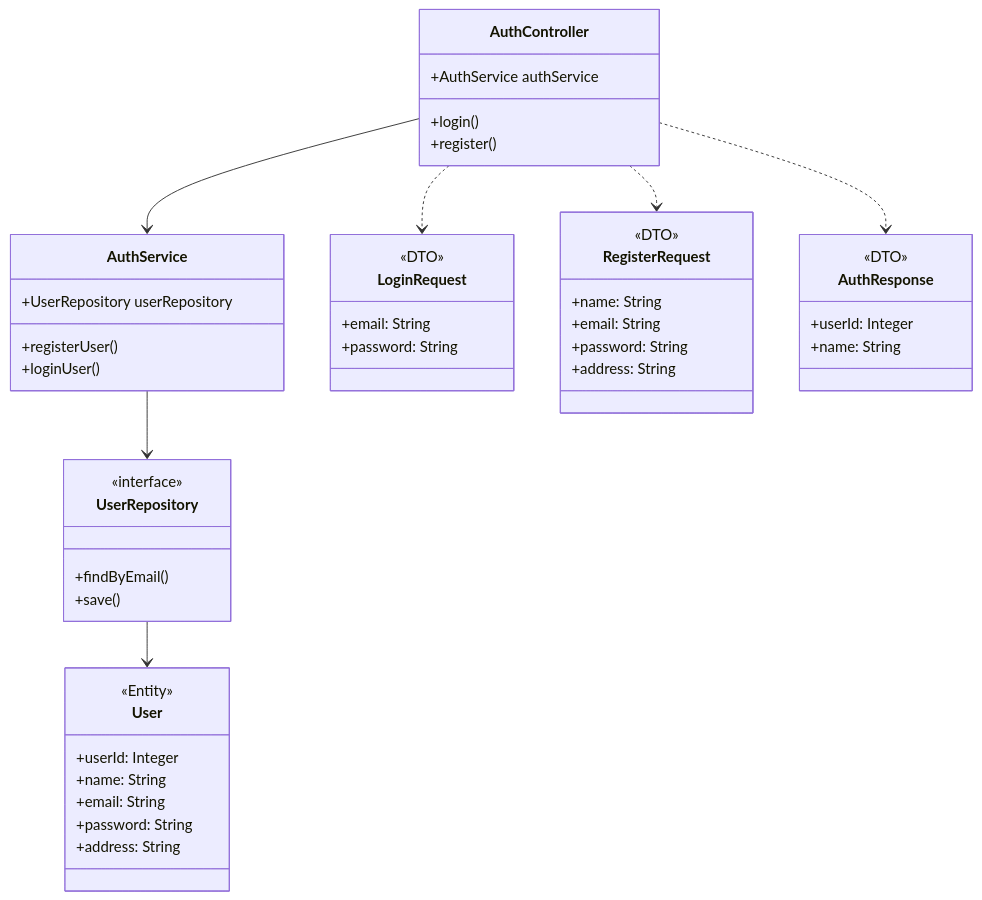
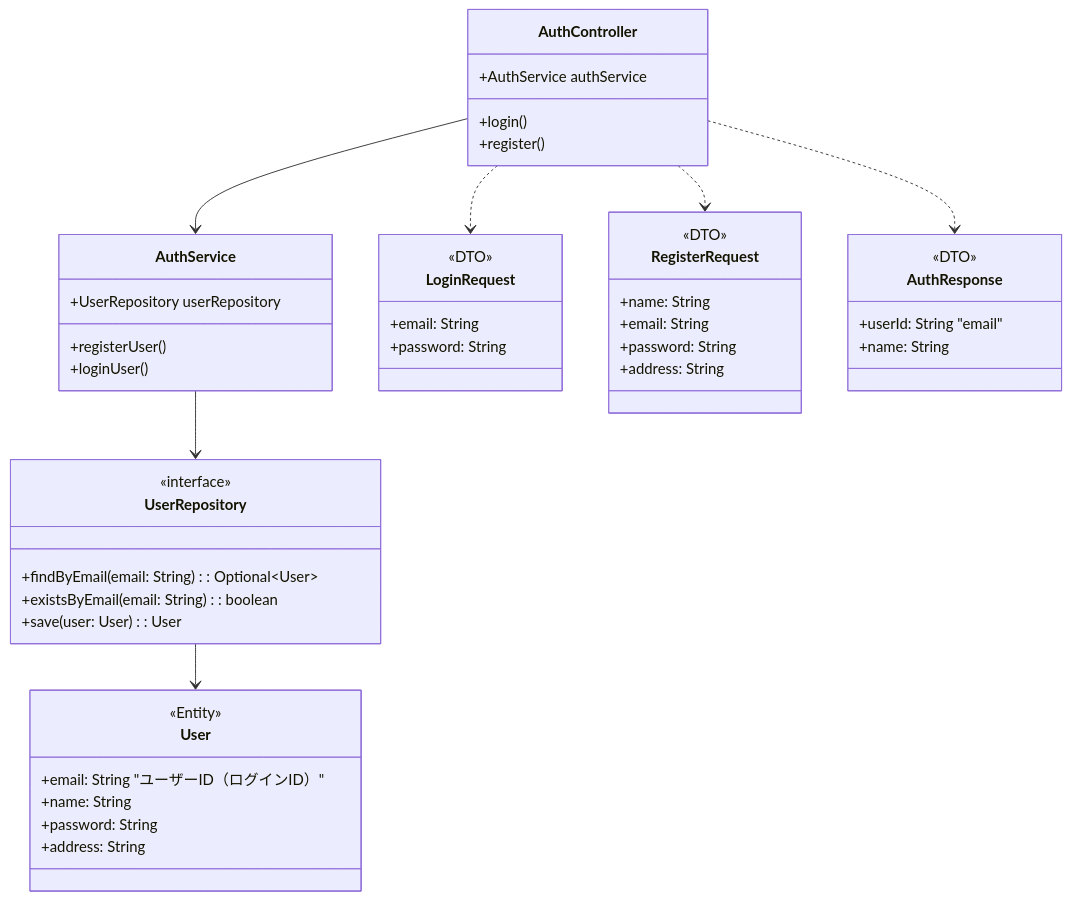
Before and after one commit to Hinako-Kimura127/neko: the fourth of 4 diagrams in 詳細設計/詳細設計.md, drawn with Mermaid. The commit also changed other lines of this file and 2 other files, not shown here.

```diff
--- a/詳細設計/詳細設計.md
+++ b/詳細設計/詳細設計.md
@@ -282,50 +332,50 @@
 <div class="mermaid">
 classDiagram
     class AuthController {
-        +AuthService authService
-        +login()
-        +register()
-    }
-    class AuthService {
-        +UserRepository userRepository
-        +registerUser()
-        +loginUser()
-    }
-    class UserRepository {
-        <<interface>>
-        +findByEmail()
-        +save()
-    }
-    class User {
-        <<Entity>>
-        +userId: Integer
-        +name: String
-        +email: String
-        +password: String
-        +address: String
-    }
-    class LoginRequest {
-        <<DTO>>
-        +email: String
-        +password: String
-    }
-    class RegisterRequest {
-        <<DTO>>
-        +name: String
-        +email: String
-        +password: String
-        +address: String
-    }
-    class AuthResponse {
-        <<DTO>>
-        +userId: Integer
-        +name: String
-    }
+    +AuthService authService
+    +login()
+    +register()
+}
+class AuthService {
+    +UserRepository userRepository
+    +registerUser()
+    +loginUser()
+}
+class UserRepository {
+    <<interface>>
+    +findByEmail(email: String): Optional~User~
+    +existsByEmail(email: String): boolean
+    +save(user: User): User
+}
+class User {
+    <<Entity>>
+    +email: String "ユーザーID（ログインID）"
+    +name: String
+    +password: String
+    +address: String
+}
+class LoginRequest {
+    <<DTO>>
+    +email: String
+    +password: String
+}
+class RegisterRequest {
+    <<DTO>>
+    +name: String
+    +email: String
+    +password: String
+    +address: String
+}
+class AuthResponse {
+    <<DTO>>
+    +userId: String "email"
+    +name: String
+}
 
-    AuthController --> AuthService
-    AuthService --> UserRepository
-    UserRepository --> User
-    AuthController ..> LoginRequest
-    AuthController ..> RegisterRequest
-    AuthController ..> AuthResponse
+AuthController --> AuthService
+AuthService --> UserRepository
+UserRepository --> User
+AuthController ..> LoginRequest
+AuthController ..> RegisterRequest
+AuthController ..> AuthResponse
 </div>
```
